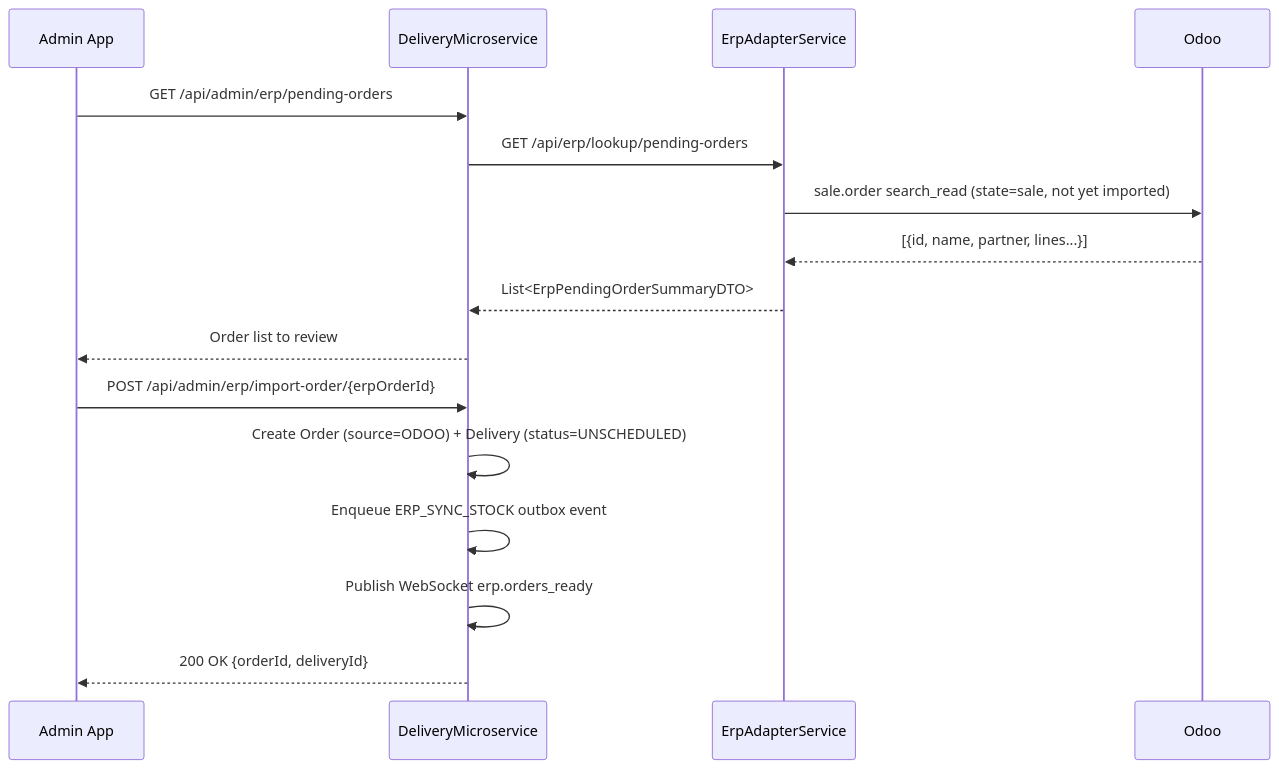
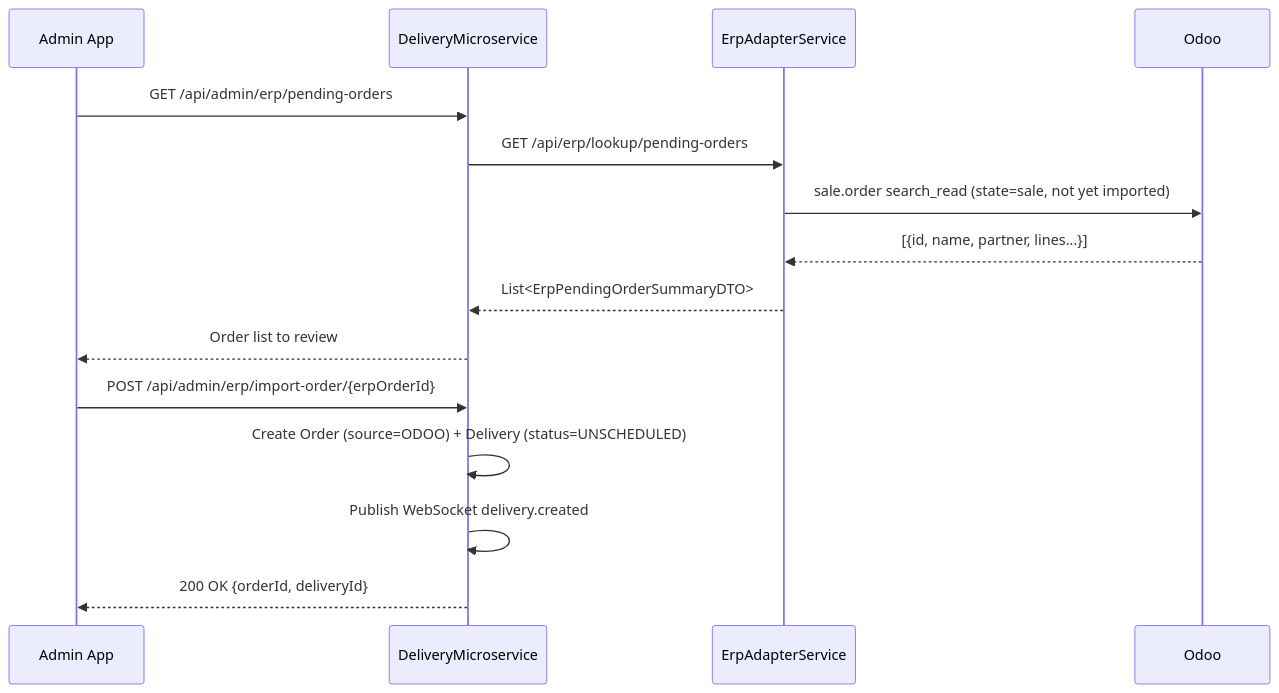
One commit to Moaziz667/asm-track changed the second of 3 diagrams in docs/04-delivery-lifecycle.md. Above: the diagram before and after it, drawn with Mermaid. The commit also changed other lines of this file and 27 other files, not shown here.

````diff
--- a/docs/04-delivery-lifecycle.md
+++ b/docs/04-delivery-lifecycle.md
@@ -138,20 +145,19 @@
 ```mermaid
 sequenceDiagram
     participant A as Admin App
     participant DL as DeliveryMicroservice
     participant EA as ErpAdapterService
     participant OD as Odoo
 
     A->>DL: GET /api/admin/erp/pending-orders
     DL->>EA: GET /api/erp/lookup/pending-orders
     EA->>OD: sale.order search_read (state=sale, not yet imported)
     OD-->>EA: [{id, name, partner, lines...}]
     EA-->>DL: List<ErpPendingOrderSummaryDTO>
     DL-->>A: Order list to review
 
     A->>DL: POST /api/admin/erp/import-order/{erpOrderId}
     DL->>DL: Create Order (source=ODOO) + Delivery (status=UNSCHEDULED)
-    DL->>DL: Enqueue ERP_SYNC_STOCK outbox event
-    DL->>DL: Publish WebSocket erp.orders_ready
+    DL->>DL: Publish WebSocket delivery.created
     DL-->>A: 200 OK {orderId, deliveryId}
 ```
````
